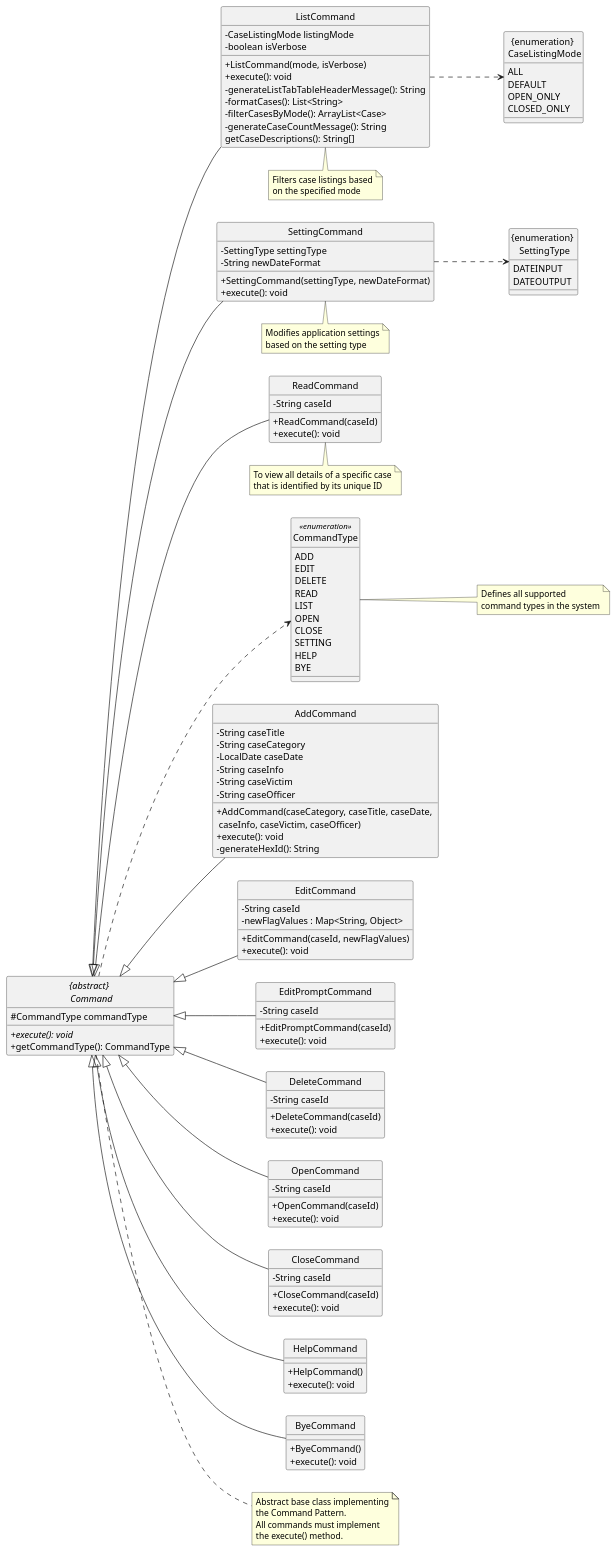
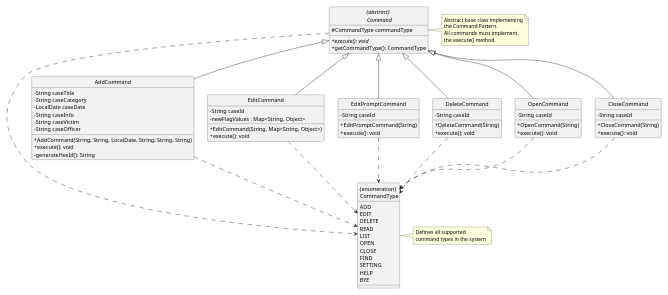
Before and after one commit to zhengjie2002/tp: the diagram in docs/diagrams/specific/CommandClassDiagram.puml, drawn with PlantUML. The commit also changed 12 other files, not shown here.

```diff
--- a/docs/diagrams/specific/CommandClassDiagram.puml
+++ b/docs/diagrams/specific/CommandClassDiagram.puml
@@ -1,169 +1,110 @@
 @startuml CommandClassDiagram
 hide circle
 skinparam classAttributeIconSize 0
 scale max 1024 width
-left to right direction
+'left to right direction
 
 ' Abstract base class
 abstract class "{abstract} \n Command" {
     # CommandType commandType
     + {abstract} execute(): void
     + getCommandType(): CommandType
 }
 
 ' Command Type Enum
-enum CommandType <<enumeration>> {
+enum "{enumeration} \n CommandType"  {
     ADD
     EDIT
     DELETE
     READ
     LIST
     OPEN
     CLOSE
+    FIND
     SETTING
     HELP
     BYE
 }
 
-' Setting Type Enum
-enum "{enumeration} \n SettingType"  {
-    DATEINPUT
-    DATEOUTPUT
-}
-
-' Case Listing Mode Enum
-enum "{enumeration} \n CaseListingMode" {
-    ALL
-    DEFAULT
-    OPEN_ONLY
-    CLOSED_ONLY
-}
 
 ' Concrete Command Classes
 class AddCommand {
-
     - String caseTitle
     - String caseCategory
     - LocalDate caseDate
     - String caseInfo
     - String caseVictim
     - String caseOfficer
-    + AddCommand(caseCategory, caseTitle, caseDate, \n caseInfo, caseVictim, caseOfficer)
+    + AddCommand(String, String, LocalDate, String, String, String)
     + execute(): void
     - generateHexId(): String
 }
 
 class EditCommand {
     - String caseId
     - newFlagValues : Map<String, Object>
-    + EditCommand(caseId, newFlagValues)
+    + EditCommand(String, Map<String, Object>)
     + execute(): void
 }
 
 class EditPromptCommand {
     - String caseId
-    + EditPromptCommand(caseId)
+    + EditPromptCommand(String)
     + execute(): void
 }
 
 class DeleteCommand {
     - String caseId
-    + DeleteCommand(caseId)
+    + DeleteCommand(String)
     + execute(): void
 }
 
-class ReadCommand {
-    - String caseId
-    + ReadCommand(caseId)
-    + execute(): void
-}
-
-class ListCommand {
-    - CaseListingMode listingMode
-    - boolean isVerbose
-    + ListCommand(mode, isVerbose)
-    + execute(): void
-    - generateListTabTableHeaderMessage(): String
-    - formatCases(): List<String>
-    - filterCasesByMode(): ArrayList<Case>
-    - generateCaseCountMessage(): String
-    getCaseDescriptions(): String[]
-}
 
 class OpenCommand {
     - String caseId
-    + OpenCommand(caseId)
+    + OpenCommand(String)
     + execute(): void
 }
 
 class CloseCommand {
     - String caseId
-    + CloseCommand(caseId)
+    + CloseCommand(String)
     + execute(): void
 }
 
-class SettingCommand {
-    - SettingType settingType
-    - String newDateFormat
-    + SettingCommand(settingType, newDateFormat)
-    + execute(): void
-}
 
-class HelpCommand {
-    + HelpCommand()
-    + execute(): void
-}
-
-class ByeCommand {
-    + ByeCommand()
-    + execute(): void
-}
 
 ' Inheritance relationships
 "{abstract} \n Command" <|-- AddCommand
 "{abstract} \n Command" <|-- EditCommand
 "{abstract} \n Command" <|-- EditPromptCommand
 "{abstract} \n Command" <|-- DeleteCommand
-"{abstract} \n Command" <|-- ReadCommand
-"{abstract} \n Command" <|-- ListCommand
 "{abstract} \n Command" <|-- OpenCommand
 "{abstract} \n Command" <|-- CloseCommand
-"{abstract} \n Command" <|-- SettingCommand
-"{abstract} \n Command" <|-- HelpCommand
-"{abstract} \n Command" <|-- ByeCommand
 
 ' Associations with enums
-"{abstract} \n Command" ..> CommandType
-SettingCommand ..> "{enumeration} \n SettingType"
-ListCommand ..> "{enumeration} \n CaseListingMode"
+"{abstract} \n Command" ..> "{enumeration} \n CommandType"
+AddCommand ..> "{enumeration} \n CommandType"
+EditCommand ..> "{enumeration} \n CommandType"
+EditPromptCommand ..> "{enumeration} \n CommandType"
+DeleteCommand ..> "{enumeration} \n CommandType"
+OpenCommand ..> "{enumeration} \n CommandType"
+CloseCommand ..> "{enumeration} \n CommandType"
 
 ' Notes
 note right of "{abstract} \n Command"
     Abstract base class implementing
     the Command Pattern.
     All commands must implement
     the execute() method.
 end note
 
-note right of CommandType
+note right of "{enumeration} \n CommandType"
     Defines all supported
     command types in the system
 end note
 
-note bottom of ListCommand
-    Filters case listings based
-    on the specified mode
-end note
 
-note bottom of SettingCommand
-    Modifies application settings
-    based on the setting type
-end note
-
-note bottom of ReadCommand
-    To view all details of a specific case
-    that is identified by its unique ID
-end note
 
 
 @enduml
```
